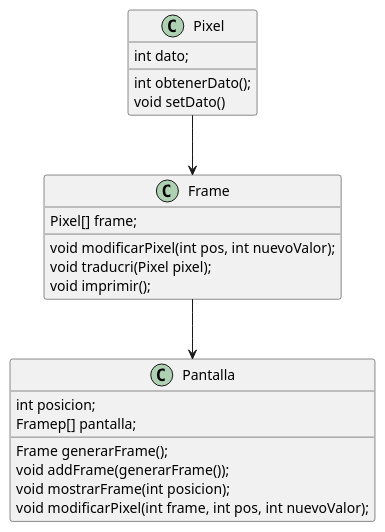
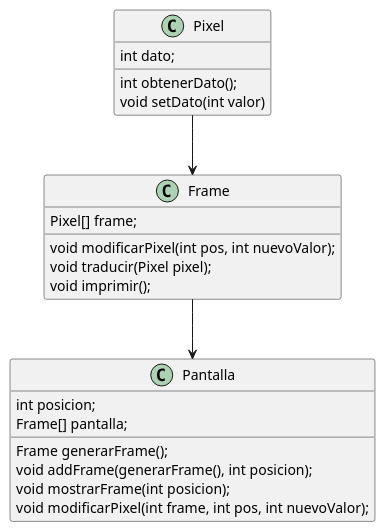
One commit to mmasias/24-25-EDA2 changed the diagram in entregas/deCosSaul/entrega-000/uml/diagrama.puml. Above: the diagram before and after it, drawn with PlantUML. The commit also changed 4 other files, not shown here.

```diff
--- a/entregas/deCosSaul/entrega-000/uml/diagrama.puml
+++ b/entregas/deCosSaul/entrega-000/uml/diagrama.puml
@@ -1,27 +1,27 @@
 @startuml
 
 class Pixel{
   int dato;
   int obtenerDato();
-  void setDato()
+  void setDato(int valor)
 }
 
 class Frame{
   Pixel[] frame;
   void modificarPixel(int pos, int nuevoValor);
-  void traducri(Pixel pixel);
+  void traducir(Pixel pixel);
   void imprimir();
 }
 
 class Pantalla{
   int posicion;
-  Framep[] pantalla;
+  Frame[] pantalla;
   Frame generarFrame();
-  void addFrame(generarFrame());
+  void addFrame(generarFrame(), int posicion);
   void mostrarFrame(int posicion);
   void modificarPixel(int frame, int pos, int nuevoValor);
 }
 
 Pixel --> Frame
 Frame --> Pantalla
 @enduml
```
